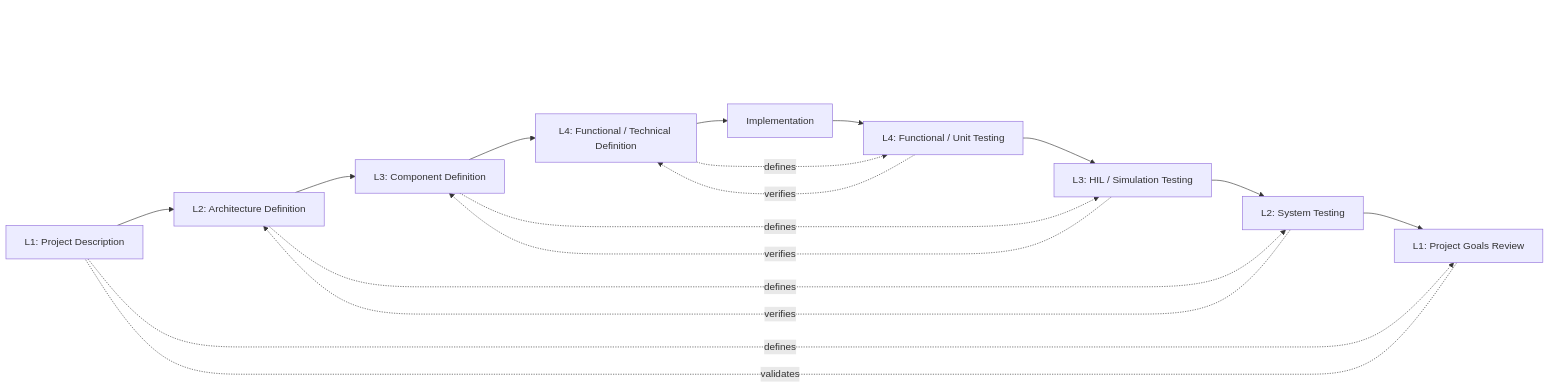
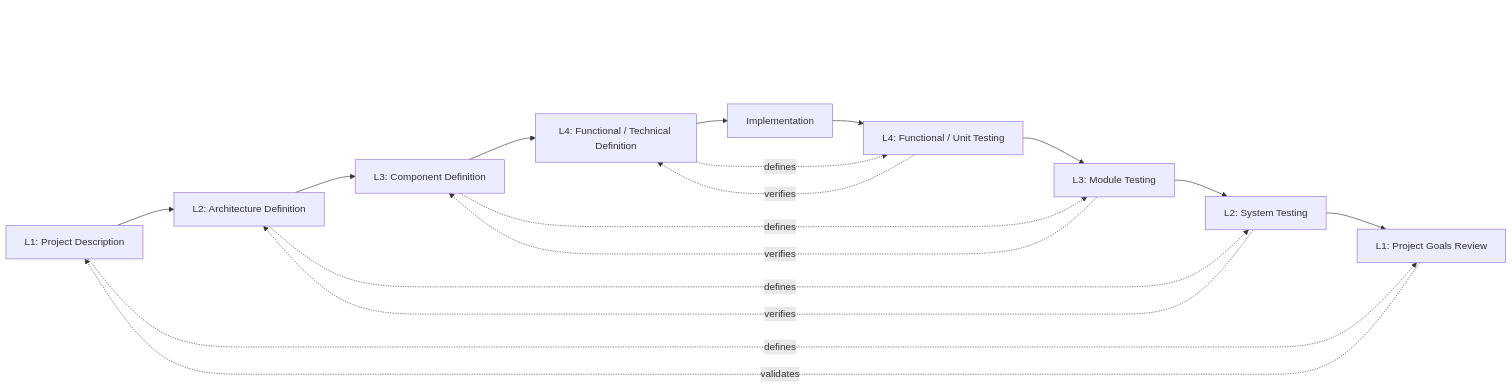
One commit to RandyF/lightweight-development-process changed the first of 2 diagrams in v_model_process/V-Cycle for Lightweight Development.md. Above: the diagram before and after it, drawn with Mermaid. The commit also changed other lines of this file and 3 other files, not shown here.

Commit message:
Baseline for Project Definition

````diff
--- a/v_model_process/V-Cycle for Lightweight Development.md
+++ b/v_model_process/V-Cycle for Lightweight Development.md
@@ -16,52 +18,41 @@
 ```mermaid
 flowchart LR
 
-%%subgraph product
-	PD["L1: Project Description"]
-	PT["L1: Project Goals Review"]
-%%end
+    PD["L1: Project Description"]
+    PT["L1: Project Goals Review"]
 
-%%subgraph architecture
-	AD["L2: Architecture Definition"]
-	ST["L2: System Testing"]
-%%end
+    AD["L2: Architecture Definition"]
+    ST["L2: System Testing"]
 
-%%subgraph component
-	CD["L3: Component Definition"]
-	HIL["L3: HIL / Simulation Testing"]
-%%end
+    CD["L3: Component Definition"]
+    MT["L3: Module Testing"]
 
-%%subgraph Function
-	FD["L4: Functional / Technical Definition"]
-	UT["L4: Functional / Unit Testing"]
-%%end
+    FD["L4: Functional / Technical Definition"]
+    UT["L4: Functional / Unit Testing"]
 
-IMP["Implementation"]
+    IMP["Implementation"]
 
-PD ~~~ PT
-AD ~~~ ST
-CD ~~~ HIL
-FD ~~~ UT
+    PD ~~~ PT
+    AD ~~~ ST
+    CD ~~~ MT
+    FD ~~~ UT
 
-PD --> AD
-AD --> CD
-CD --> FD
-FD --> IMP
-IMP --> UT
-UT --> HIL
-HIL --> ST
-ST --> PT
+    PD --> AD
+    AD --> CD
+    CD --> FD
+    FD --> IMP
+    IMP --> UT
+    UT --> MT
+    MT --> ST
+    ST --> PT
 
-PT -. "validates" .- PD
-ST -. "verifies" .-> AD
-HIL -. "verifies" .-> CD
-UT -. "verifies" .-> FD
+    PT -. "validates" .-> PD
+    ST -. "verifies" .-> AD
+    MT -. "verifies" .-> CD
+    UT -. "verifies" .-> FD
 
-PD -. "defines" .-> PT
-AD -. "defines" .-> ST
-CD -. "defines" .-> HIL
-FD -. "defines" .-> UT
-
-	
-	
+    PD -. "defines" .-> PT
+    AD -. "defines" .-> ST
+    CD -. "defines" .-> MT
+    FD -. "defines" .-> UT
 ```
````
